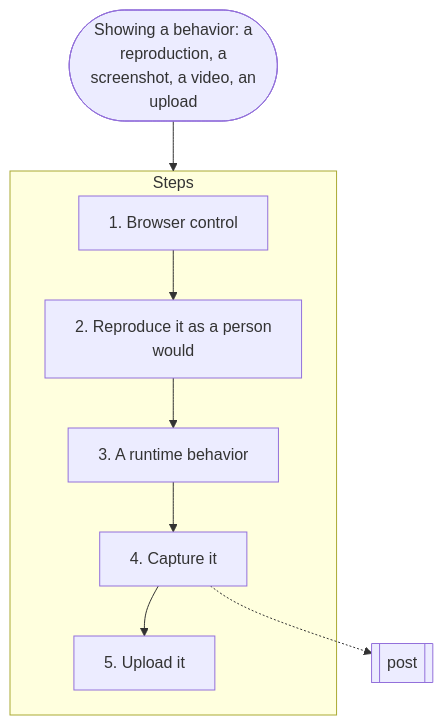
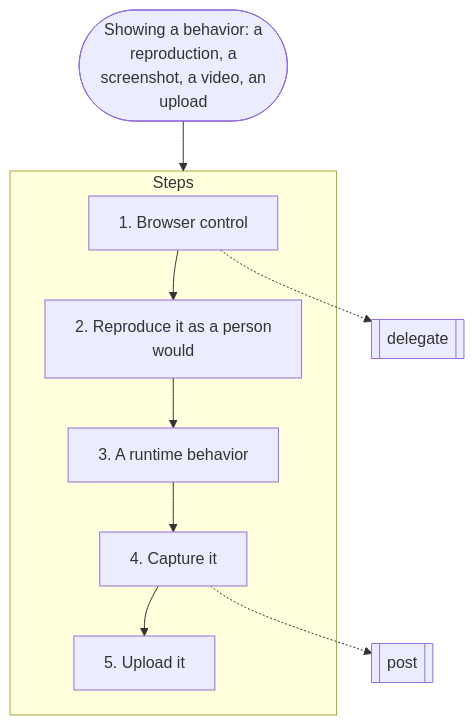
One commit to nitedani-agent/mergeworthy changed diagram 16 of 19 in docs/graphs.md. Above: the diagram before and after it, drawn with Mermaid. The commit also changed other lines of this file and 2 other files, not shown here.

Commit message:
agent.md, evidence: run the brief's e2e lanes with their own driver; without the MCP, mark hand-driven checks not checked
Cold-read: /home/collab/.mergeworthy/work/telefunc-room/drafts/coldread-mw-browser.md

````diff
--- a/docs/graphs.md
+++ b/docs/graphs.md
@@ -478,17 +478,18 @@
 ```mermaid
 flowchart TB
   start(["Showing a behavior: a<br/>reproduction, a<br/>screenshot, a video, an<br/>upload"])
   subgraph g0["Steps"]
     s0["1. Browser control"]
     s1["2. Reproduce it as a person<br/>would"]
     s0 --> s1
     s2["3. A runtime behavior"]
     s1 --> s2
     s3["4. Capture it"]
     s2 --> s3
     s4["5. Upload it"]
     s3 --> s4
   end
-  s3 -.-> r1[["post"]]
+  s0 -.-> r1[["delegate"]]
+  s3 -.-> r2[["post"]]
   start --> g0
 ```
````
